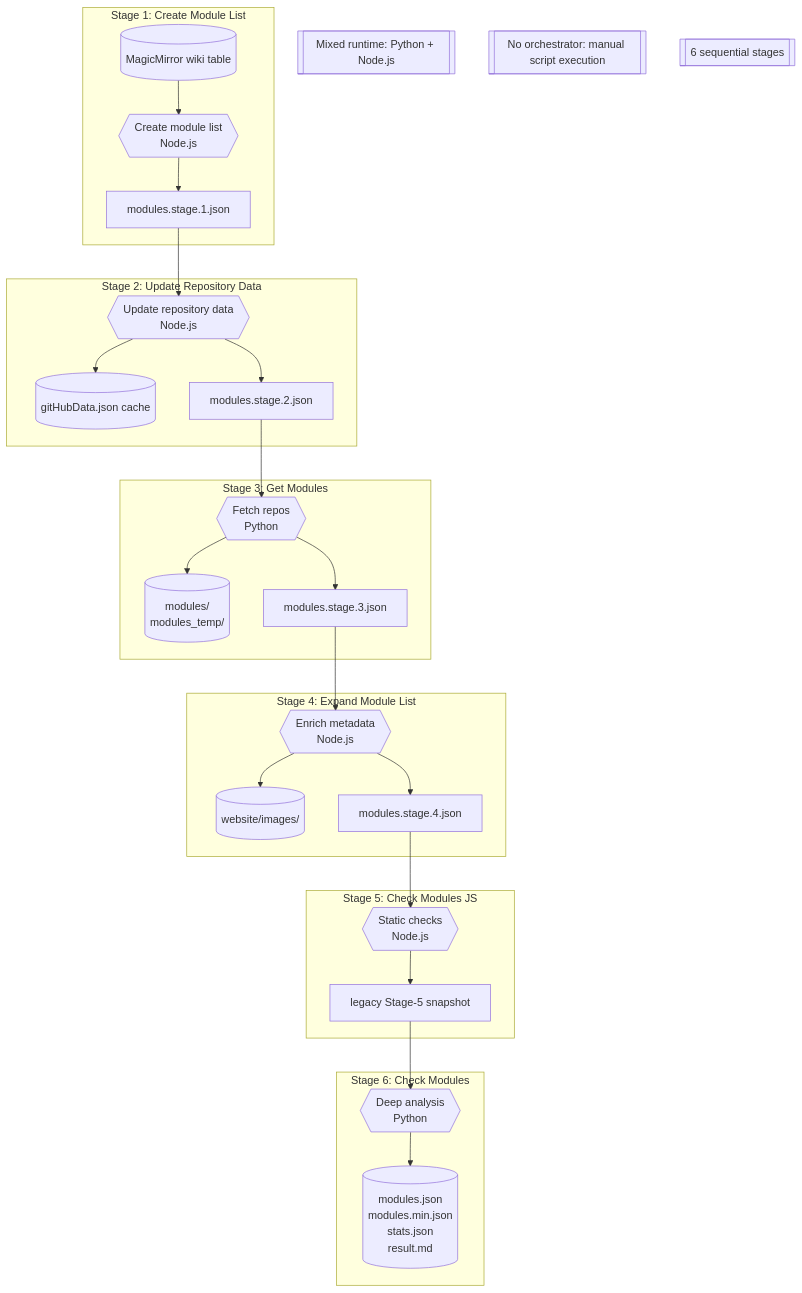
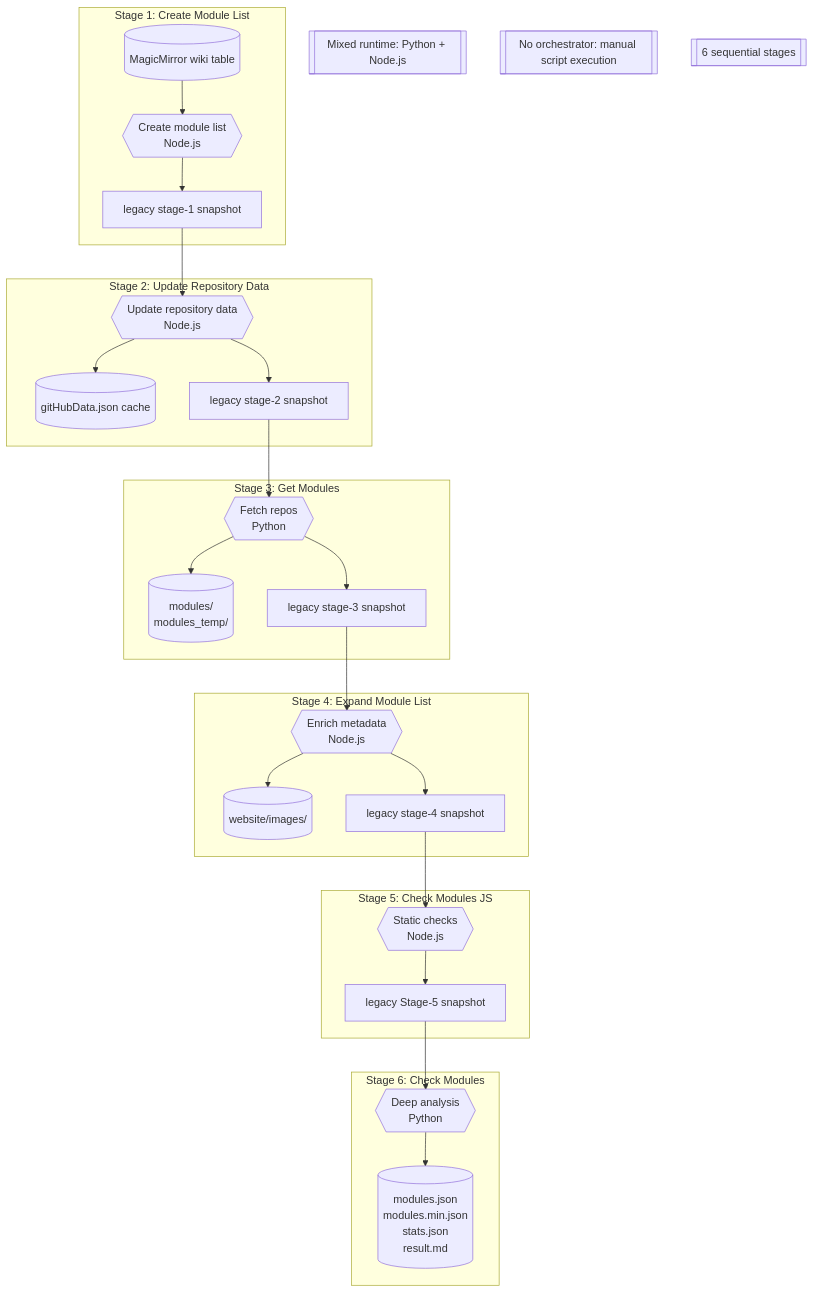
One commit to KristjanESPERANTO/MagicMirror-3rd-Party-Modules changed the second of 5 diagrams in docs/architecture.md. Above: the diagram before and after it, drawn with Mermaid. The commit also changed other lines of this file and 11 other files, not shown here.

First line of the commit message:
chore(cleanup): remove remaining modules.stage references

````diff
--- a/docs/architecture.md
+++ b/docs/architecture.md
@@ -73,39 +73,39 @@
 ```mermaid
 flowchart TB
   subgraph Stage 1: Create Module List
     wiki[("MagicMirror wiki table")] --> createLegacy{{Create module list<br>Node.js}}
-    createLegacy --> stage1Legacy["modules.stage.1.json"]
+    createLegacy --> stage1Legacy["legacy stage-1 snapshot"]
   end
 
   subgraph Stage 2: Update Repository Data
     stage1Legacy --> updateLegacy{{Update repository data<br>Node.js}}
     updateLegacy --> cacheLegacy[("gitHubData.json cache")]
-    updateLegacy --> stage2Legacy["modules.stage.2.json"]
+    updateLegacy --> stage2Legacy["legacy stage-2 snapshot"]
   end
 
   subgraph Stage 3: Get Modules
     stage2Legacy --> getLegacy{{Fetch repos<br>Python}}
     getLegacy --> clonesLegacy[("modules/<br>modules_temp/")]
-    getLegacy --> stage3Legacy["modules.stage.3.json"]
+    getLegacy --> stage3Legacy["legacy stage-3 snapshot"]
   end
 
   subgraph Stage 4: Expand Module List
     stage3Legacy --> expandLegacy{{Enrich metadata<br>Node.js}}
     expandLegacy --> imagesLegacy[("website/images/")]
-    expandLegacy --> stage4Legacy["modules.stage.4.json"]
+    expandLegacy --> stage4Legacy["legacy stage-4 snapshot"]
   end
 
   subgraph Stage 5: Check Modules JS
     stage4Legacy --> checkjsLegacy{{Static checks<br>Node.js}}
     checkjsLegacy --> stage5Legacy["legacy Stage-5 snapshot"]
   end
 
   subgraph Stage 6: Check Modules
     stage5Legacy --> checkLegacy{{Deep analysis<br>Python}}
     checkLegacy --> outputsLegacy[("modules.json<br>modules.min.json<br>stats.json<br>result.md")]
   end
 
   note1[["Mixed runtime: Python + Node.js"]]
   note2[["No orchestrator: manual script execution"]]
   note3[["6 sequential stages"]]
 ```
````
